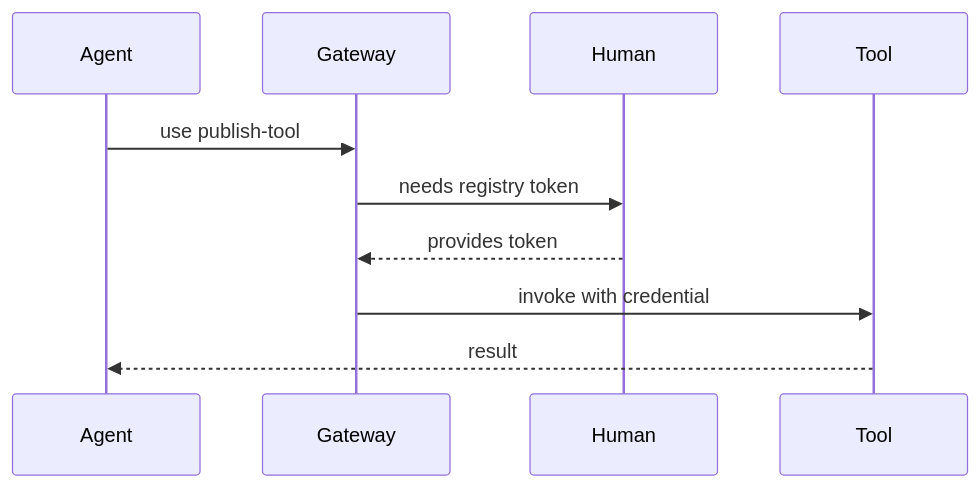
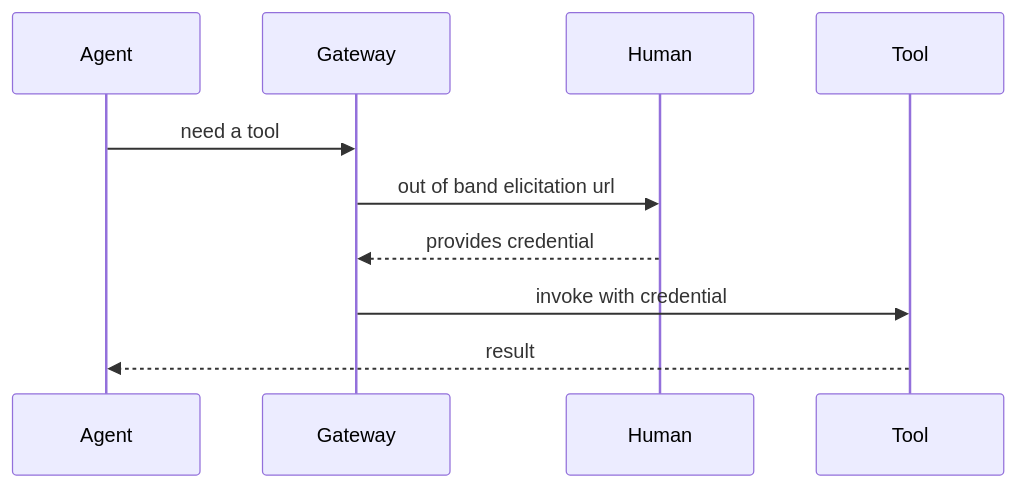
The fourth of 7 diagrams in slides/dynamic-mcps.md (slimslenderslacks/presentations), drawn with Mermaid before and after one commit. The commit also changed other lines of this file, not shown here.

````diff
--- a/slides/dynamic-mcps.md
+++ b/slides/dynamic-mcps.md
@@ -141,13 +266,13 @@
 ```mermaid
 sequenceDiagram
     participant A as Agent
     participant G as Gateway
     participant H as Human
     participant T as Tool
 
-    A->>G: use publish-tool
-    G->>H: needs registry token
-    H-->>G: provides token
+    A->>G: need a tool
+    G->>H: out of band elicitation url
+    H-->>G: provides credential
     G->>T: invoke with credential
     T-->>A: result
 ```
````
